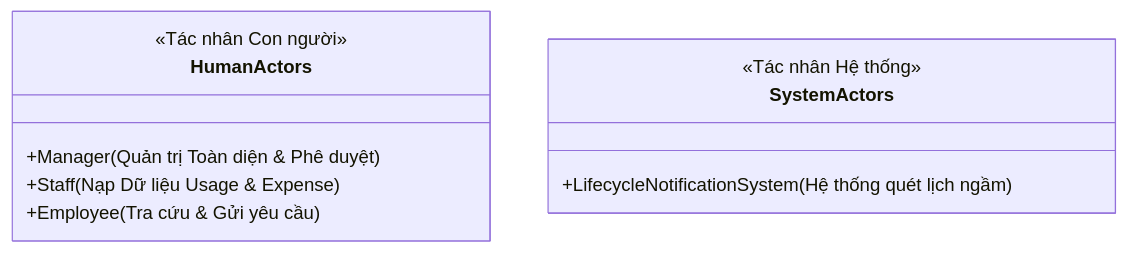
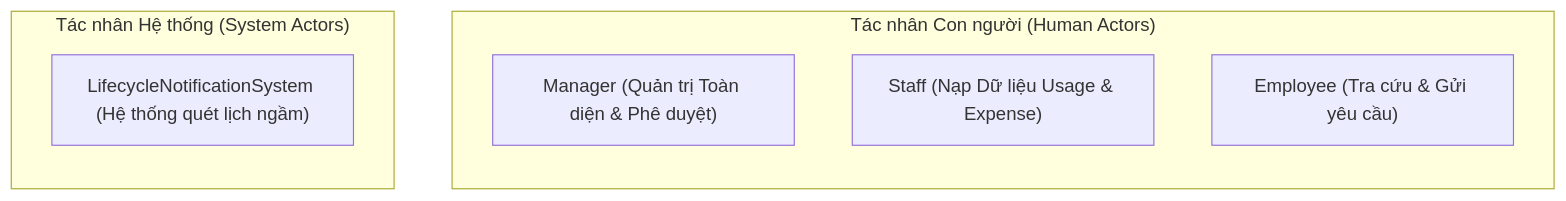
Before and after one commit to cuonglpv/VFast: the first of 3 diagrams in docs/02-use-cases.md, drawn with Mermaid. The commit also changed other lines of this file, not shown here.

Commit message:
docs: fix rendering errors in use case specification

````diff
--- a/docs/02-use-cases.md
+++ b/docs/02-use-cases.md
@@ -11,13 +11,14 @@
 ```mermaid
-classDiagram
-    class HumanActors {
-        <<Tác nhân Con người>>
-        +Manager (Quản trị Toàn diện & Phê duyệt)
-        +Staff (Nạp Dữ liệu Usage & Expense)
-        +Employee (Tra cứu & Gửi yêu cầu)
-    }
-    class SystemActors {
-        <<Tác nhân Hệ thống>>
-        +LifecycleNotificationSystem (Hệ thống quét lịch ngầm)
-    }
+flowchart TD
+    subgraph HumanActors ["Tác nhân Con người (Human Actors)"]
+        direction TB
+        Manager["Manager (Quản trị Toàn diện & Phê duyệt)"]
+        Staff["Staff (Nạp Dữ liệu Usage & Expense)"]
+        Employee["Employee (Tra cứu & Gửi yêu cầu)"]
+    end
+
+    subgraph SystemActors ["Tác nhân Hệ thống (System Actors)"]
+        direction TB
+        LifecycleNotificationSystem["LifecycleNotificationSystem (Hệ thống quét lịch ngầm)"]
+    end
 ```
````
